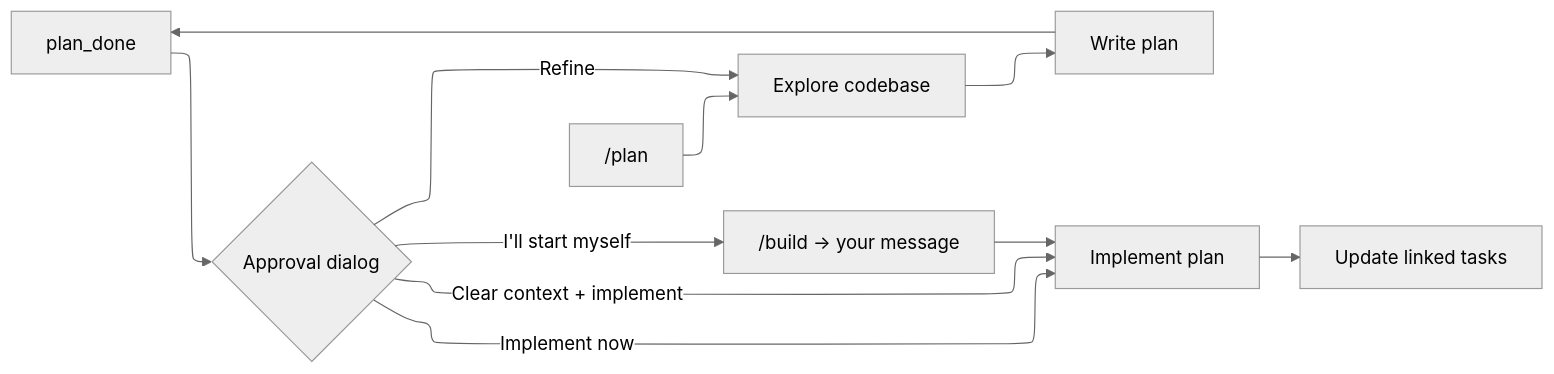
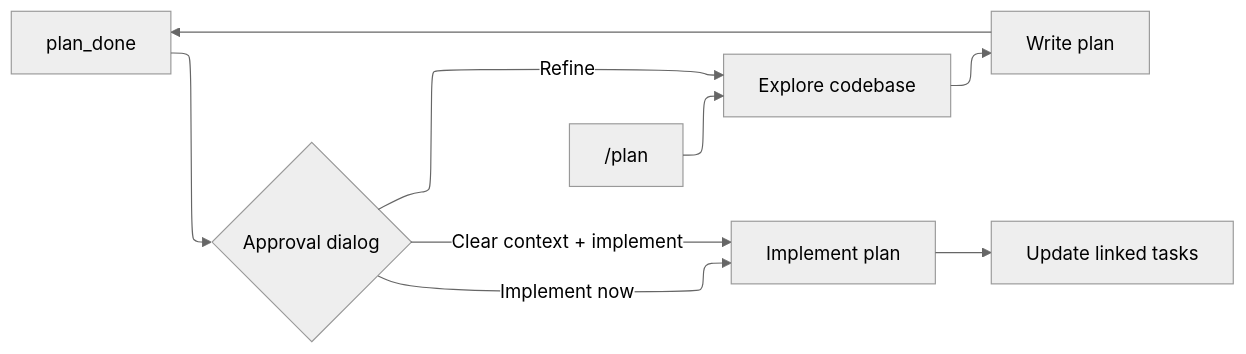
One commit to aa-blinov/cast changed the diagram in docs/plan-mode.md. Above: the diagram before and after it, drawn with Mermaid (neutral theme). The commit also changed other lines of this file and 40 other files, not shown here.

````diff
--- a/docs/plan-mode.md
+++ b/docs/plan-mode.md
@@ -7,19 +7,17 @@
 ```mermaid
 ---
 config:
   layout: elk
   elk:
     nodePlacementStrategy: NETWORK_SIMPLEX
 ---
 flowchart LR
   A["/plan"] --> B[Explore codebase]
   B --> C[Write plan]
   C --> D["plan_done"]
   D --> E{Approval dialog}
   E -->|Implement now| F[Implement plan]
   E -->|Clear context + implement| F
-  E -->|"I'll start myself"| G["/build → your message"]
   E -->|Refine| B
-  G --> F
   F --> H["Update linked tasks"]
 ```
````
